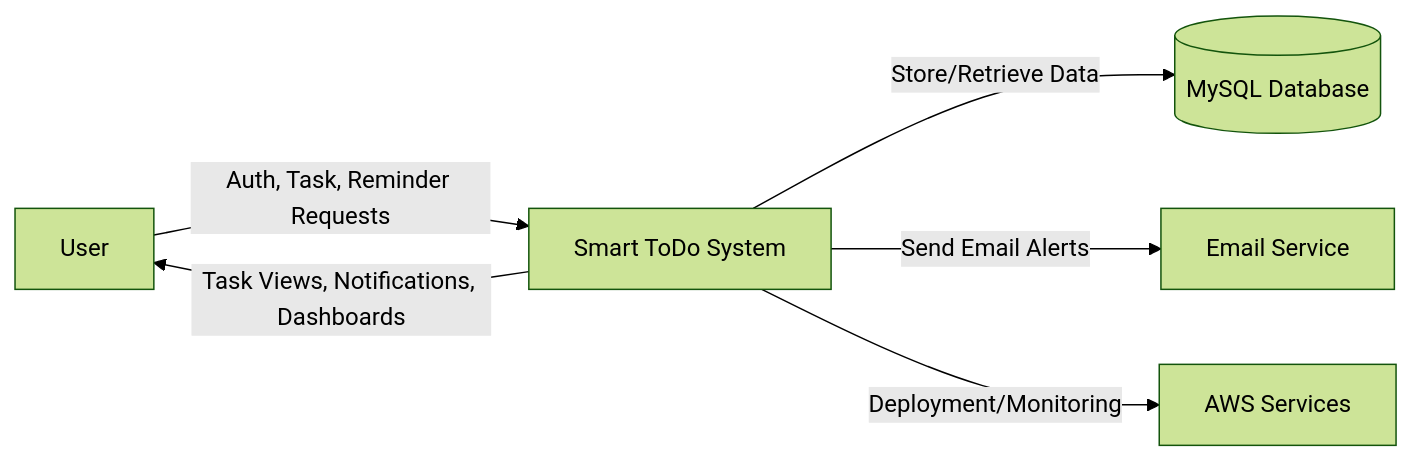
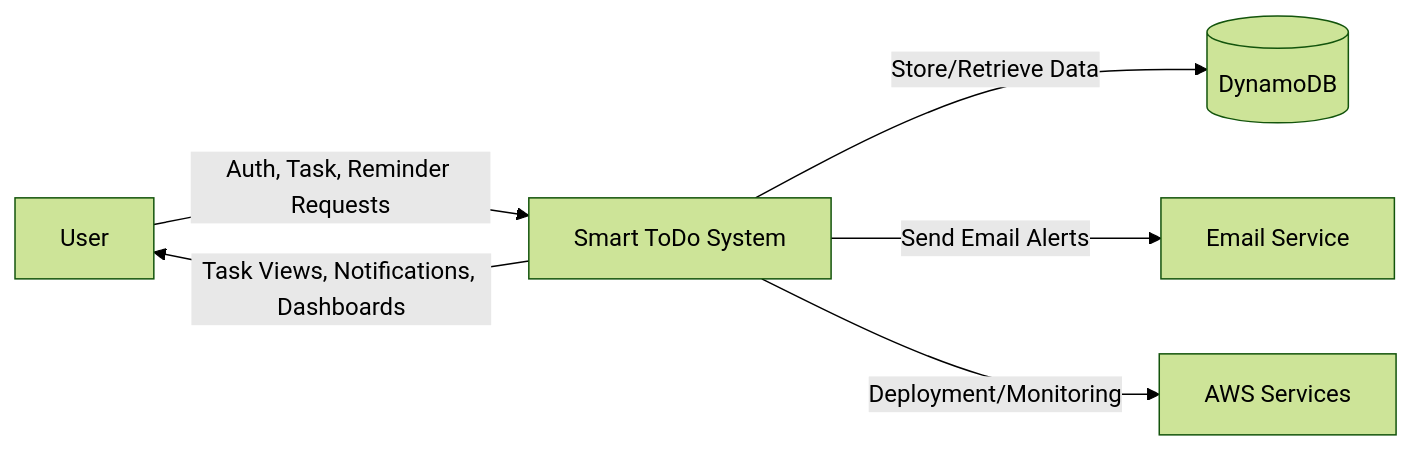
One commit to sayef-reyadh/smart-todo changed the first of 3 diagrams in docs/16-dfd.md. Above: the diagram before and after it, drawn with Mermaid (forest theme). The commit also changed 9 other files, not shown here.

Commit message:
Switch documentation database stack to DynamoDB

````diff
--- a/docs/16-dfd.md
+++ b/docs/16-dfd.md
@@ -4,8 +4,8 @@
 ```mermaid
 flowchart LR
   U[User] -->|Auth, Task, Reminder Requests| S[Smart ToDo System]
   S -->|Task Views, Notifications, Dashboards| U
-  S -->|Store/Retrieve Data| DB[(MySQL Database)]
+  S -->|Store/Retrieve Data| DB[(DynamoDB)]
   S -->|Send Email Alerts| ES[Email Service]
   S -->|Deployment/Monitoring| AWS[AWS Services]
 ```
````
